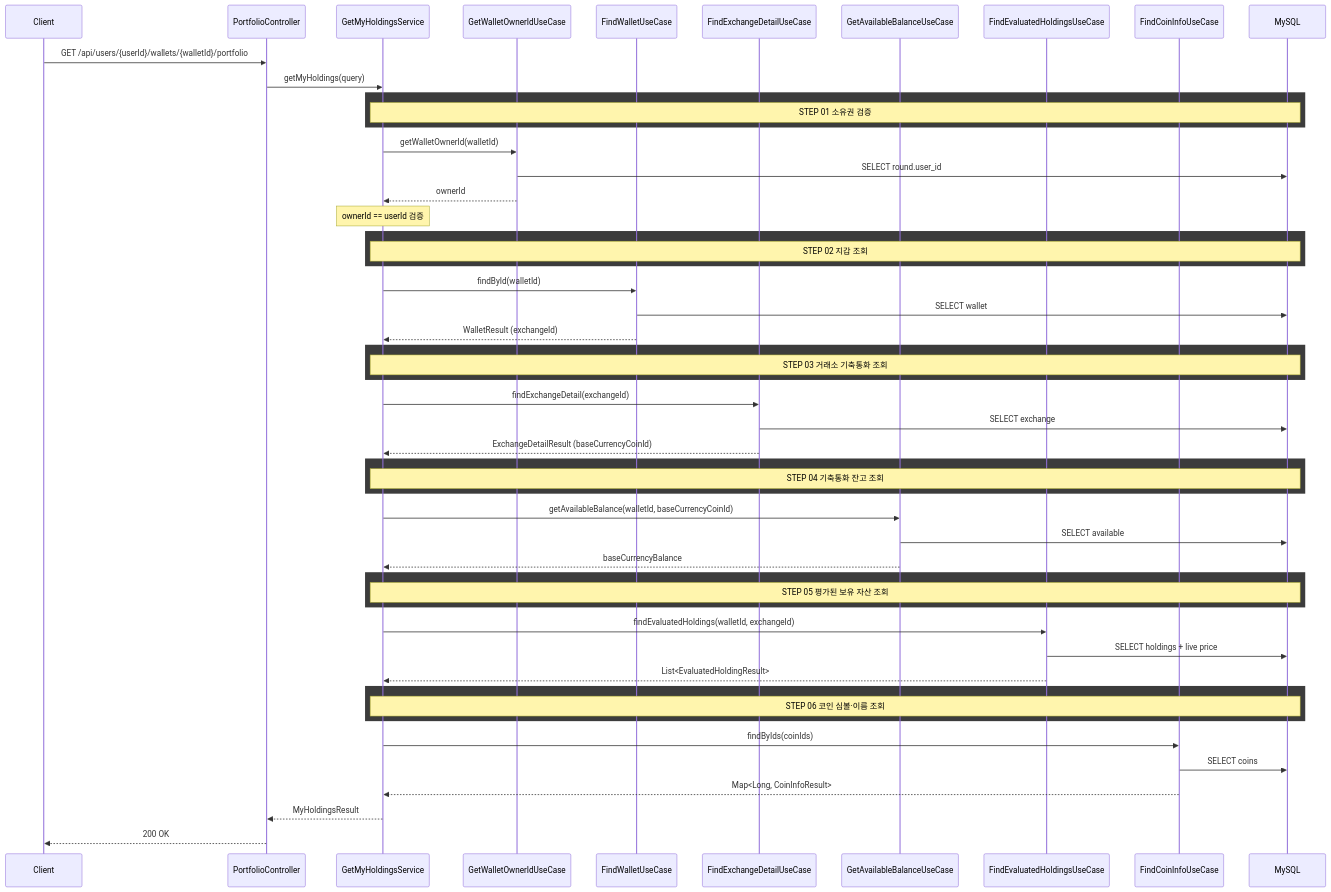
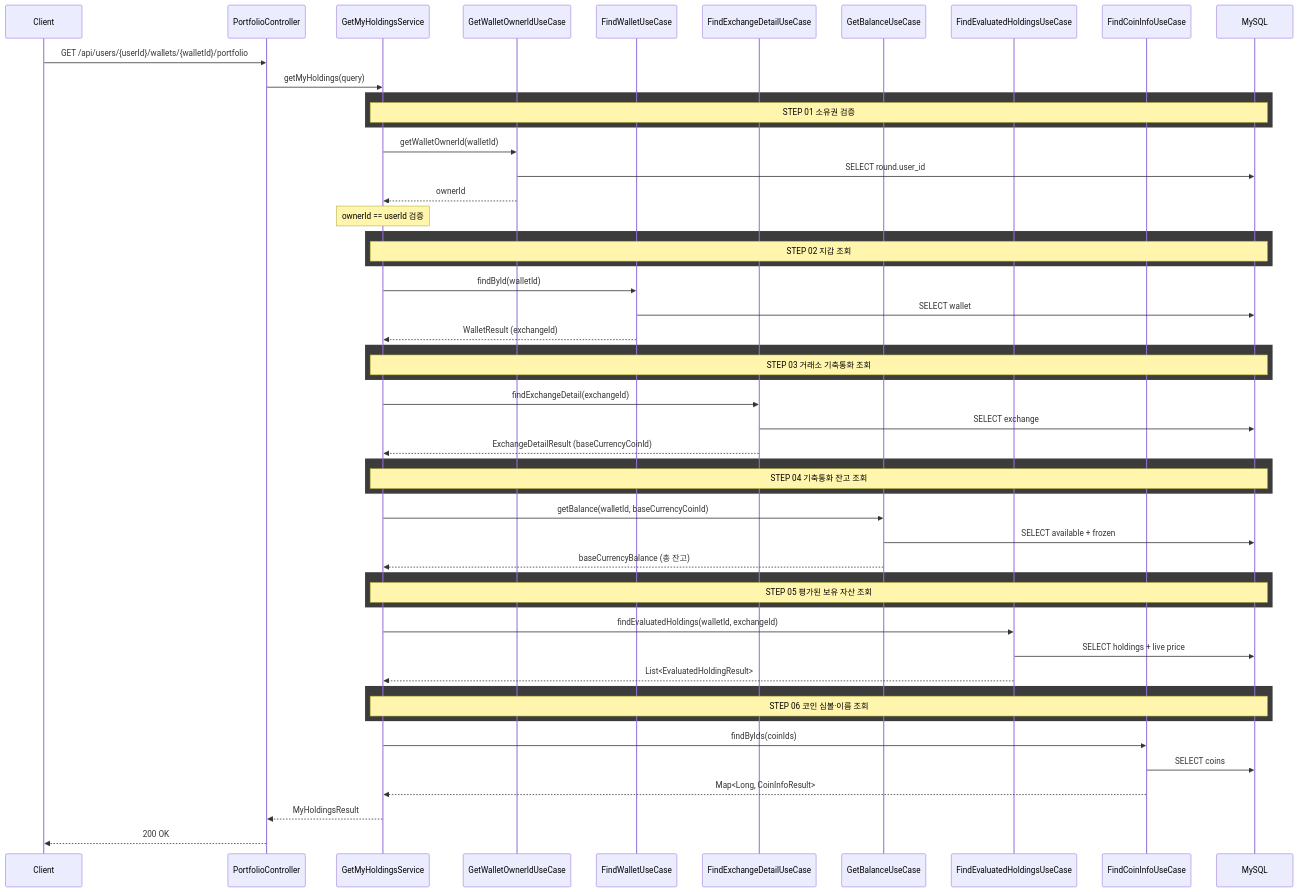
One commit to kim-se-hee/trypto changed the diagram in docs/portfolio/my-holdings.md. Above: the diagram before and after it, drawn with Mermaid. The commit also changed other lines of this file, not shown here.

Commit message:
docs: 포트폴리오 API 문서에 총 잔고(available + frozen) 반영 - 기축통화 잔고를 available만이 아닌 총 잔고로 수정 - GetAvailableBalanceUseCase → GetBalanceUseCase 변경 - 서버 정렬 불필요 근거 보강

````diff
--- a/docs/portfolio/my-holdings.md
+++ b/docs/portfolio/my-holdings.md
@@ -132,62 +132,62 @@
 ```mermaid
 sequenceDiagram
     participant Client
     participant Controller as PortfolioController
     participant Service as GetMyHoldingsService
     participant GetOwnerId as GetWalletOwnerIdUseCase
     participant FindWallet as FindWalletUseCase
     participant FindExchange as FindExchangeDetailUseCase
-    participant GetBalance as GetAvailableBalanceUseCase
+    participant GetBalance as GetBalanceUseCase
     participant FindEvaluated as FindEvaluatedHoldingsUseCase
     participant FindCoinInfo as FindCoinInfoUseCase
     participant MySQL
 
     Client->>Controller: GET /api/users/{userId}/wallets/{walletId}/portfolio
     Controller->>Service: getMyHoldings(query)
 
     rect rgb(60, 60, 60)
         Note over Service,MySQL: STEP 01 소유권 검증
     end
     Service->>GetOwnerId: getWalletOwnerId(walletId)
     GetOwnerId->>MySQL: SELECT round.user_id
     GetOwnerId-->>Service: ownerId
     Note over Service: ownerId == userId 검증
 
     rect rgb(60, 60, 60)
         Note over Service,MySQL: STEP 02 지갑 조회
     end
     Service->>FindWallet: findById(walletId)
     FindWallet->>MySQL: SELECT wallet
     FindWallet-->>Service: WalletResult (exchangeId)
 
     rect rgb(60, 60, 60)
         Note over Service,MySQL: STEP 03 거래소 기축통화 조회
     end
     Service->>FindExchange: findExchangeDetail(exchangeId)
     FindExchange->>MySQL: SELECT exchange
     FindExchange-->>Service: ExchangeDetailResult (baseCurrencyCoinId)
 
     rect rgb(60, 60, 60)
         Note over Service,MySQL: STEP 04 기축통화 잔고 조회
     end
-    Service->>GetBalance: getAvailableBalance(walletId, baseCurrencyCoinId)
-    GetBalance->>MySQL: SELECT available
-    GetBalance-->>Service: baseCurrencyBalance
+    Service->>GetBalance: getBalance(walletId, baseCurrencyCoinId)
+    GetBalance->>MySQL: SELECT available + frozen
+    GetBalance-->>Service: baseCurrencyBalance (총 잔고)
 
     rect rgb(60, 60, 60)
         Note over Service,MySQL: STEP 05 평가된 보유 자산 조회
     end
     Service->>FindEvaluated: findEvaluatedHoldings(walletId, exchangeId)
     FindEvaluated->>MySQL: SELECT holdings + live price
     FindEvaluated-->>Service: List<EvaluatedHoldingResult>
 
     rect rgb(60, 60, 60)
         Note over Service,MySQL: STEP 06 코인 심볼·이름 조회
     end
     Service->>FindCoinInfo: findByIds(coinIds)
     FindCoinInfo->>MySQL: SELECT coins
     FindCoinInfo-->>Service: Map<Long, CoinInfoResult>
 
     Service-->>Controller: MyHoldingsResult
     Controller-->>Client: 200 OK
 ```
````
